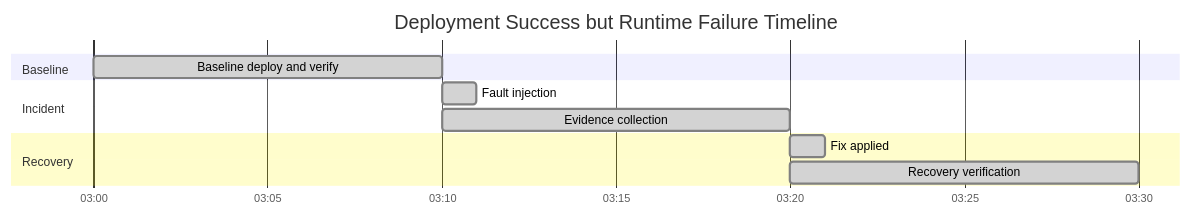
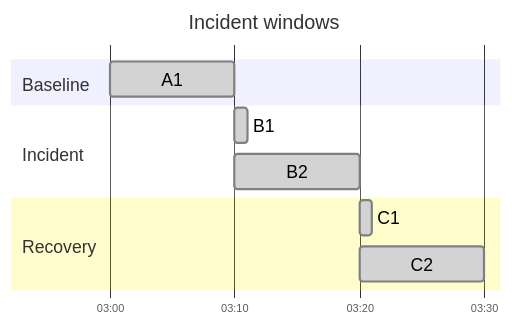
One commit to yeongseon/azure-functions-practical-guide changed the second of 5 diagrams in docs/troubleshooting/lab-guides/deployment-not-running.md. Above: the diagram before and after it, drawn with Mermaid. The commit also changed other lines of this file, not shown here.

First line of the commit message:
docs(diagrams): improve deployment startup diagnostic figures

````diff
--- a/docs/troubleshooting/lab-guides/deployment-not-running.md
+++ b/docs/troubleshooting/lab-guides/deployment-not-running.md
@@ -141,14 +151,18 @@
 ```mermaid
+%%{init: {'gantt': {'useWidth': 460, 'leftPadding': 90, 'rightPadding': 30, 'fontSize': 16, 'sectionFontSize': 16, 'barHeight': 32, 'barGap': 10, 'topPadding': 55}, 'themeCSS': '.grid .tick text { font-size: 16px !important; }'}}%%
 gantt
-    title Deployment Success but Runtime Failure Timeline
+    accTitle: Historical walkthrough incident windows
+    accDescr: Historical walkthrough model with baseline from 03:00 to 03:10, fault injection and evidence collection starting at 03:10, and fix and recovery verification starting at 03:20. The one-minute actions overlap ten-minute collection windows. These times and done markers are not a new execution or evidence for the NOT_RUN Golden scenario.
+    title Incident windows
     dateFormat  HH:mm
     axisFormat  %H:%M
+    tickInterval 10minute
     section Baseline
-    Baseline deploy and verify         :done, a1, 03:00, 10m
+    A1                                 :done, a1, 03:00, 10m
     section Incident
-    Fault injection                    :done, b1, 03:10, 1m
-    Evidence collection                :done, b2, 03:10, 10m
+    B1                                 :done, b1, 03:10, 1m
+    B2                                 :done, b2, 03:10, 10m
     section Recovery
-    Fix applied                        :done, c1, 03:20, 1m
-    Recovery verification              :done, c2, 03:20, 10m
+    C1                                 :done, c1, 03:20, 1m
+    C2                                 :done, c2, 03:20, 10m
 ```
````
